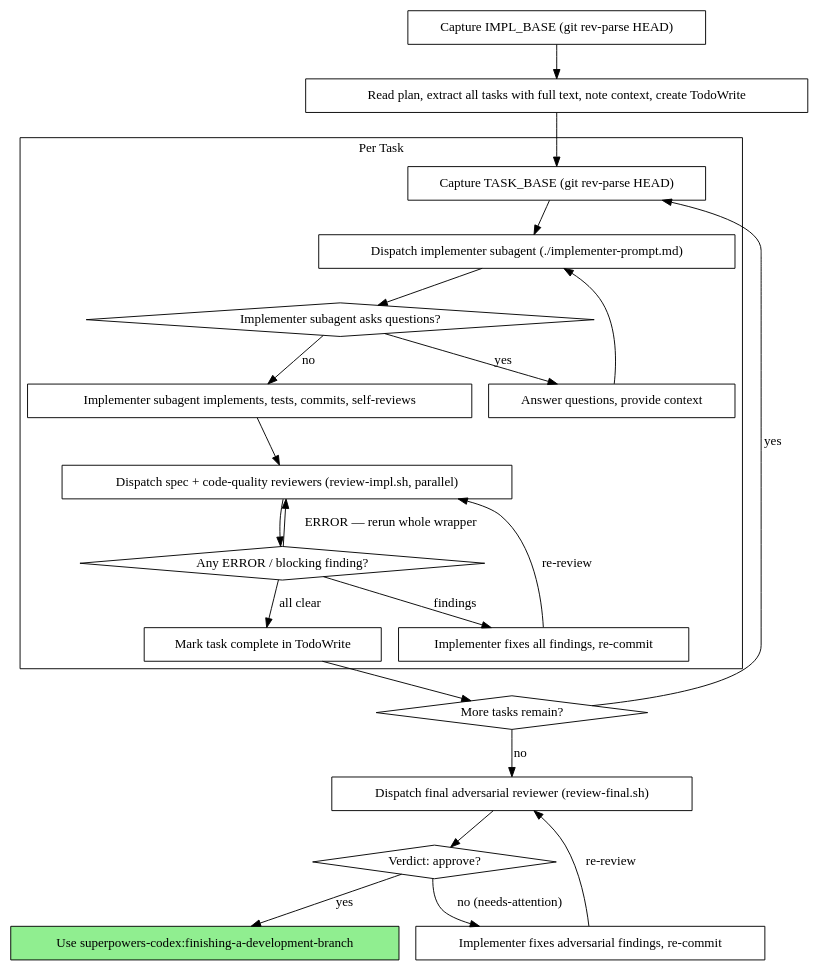
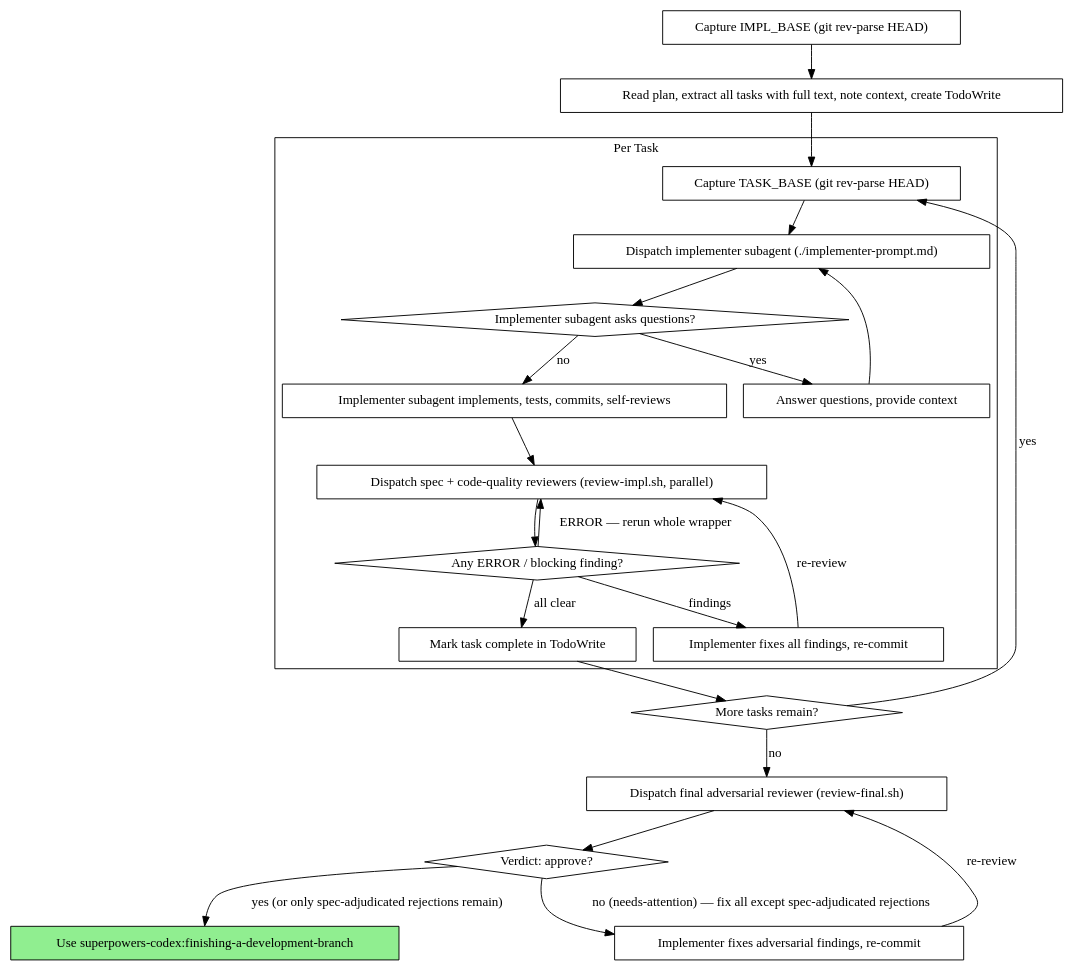
One commit to stu43005/superpowers-codex changed the second of 2 diagrams in skills/subagent-driven-development/SKILL.md. Above: the diagram before and after it, drawn with Graphviz. The commit also changed other lines of this file, not shown here.

Commit message:
feat: honor spec-adjudicated rejections at the final adversarial gate

````diff
--- a/skills/subagent-driven-development/SKILL.md
+++ b/skills/subagent-driven-development/SKILL.md
@@ -34,47 +34,47 @@
 ```dot
 digraph process {
     rankdir=TB;
 
     subgraph cluster_per_task {
         label="Per Task";
         "Capture TASK_BASE (git rev-parse HEAD)" [shape=box];
         "Dispatch implementer subagent (./implementer-prompt.md)" [shape=box];
         "Implementer subagent asks questions?" [shape=diamond];
         "Answer questions, provide context" [shape=box];
         "Implementer subagent implements, tests, commits, self-reviews" [shape=box];
         "Dispatch spec + code-quality reviewers (review-impl.sh, parallel)" [shape=box];
         "Any ERROR / blocking finding?" [shape=diamond];
         "Implementer fixes all findings, re-commit" [shape=box];
         "Mark task complete in TodoWrite" [shape=box];
     }
 
     "Capture IMPL_BASE (git rev-parse HEAD)" [shape=box];
     "Read plan, extract all tasks with full text, note context, create TodoWrite" [shape=box];
     "More tasks remain?" [shape=diamond];
     "Dispatch final adversarial reviewer (review-final.sh)" [shape=box];
     "Verdict: approve?" [shape=diamond];
     "Implementer fixes adversarial findings, re-commit" [shape=box];
     "Use superpowers-codex:finishing-a-development-branch" [shape=box style=filled fillcolor=lightgreen];
 
     "Capture IMPL_BASE (git rev-parse HEAD)" -> "Read plan, extract all tasks with full text, note context, create TodoWrite";
     "Read plan, extract all tasks with full text, note context, create TodoWrite" -> "Capture TASK_BASE (git rev-parse HEAD)";
     "Capture TASK_BASE (git rev-parse HEAD)" -> "Dispatch implementer subagent (./implementer-prompt.md)";
     "Dispatch implementer subagent (./implementer-prompt.md)" -> "Implementer subagent asks questions?";
     "Implementer subagent asks questions?" -> "Answer questions, provide context" [label="yes"];
     "Answer questions, provide context" -> "Dispatch implementer subagent (./implementer-prompt.md)";
     "Implementer subagent asks questions?" -> "Implementer subagent implements, tests, commits, self-reviews" [label="no"];
     "Implementer subagent implements, tests, commits, self-reviews" -> "Dispatch spec + code-quality reviewers (review-impl.sh, parallel)";
     "Dispatch spec + code-quality reviewers (review-impl.sh, parallel)" -> "Any ERROR / blocking finding?";
     "Any ERROR / blocking finding?" -> "Dispatch spec + code-quality reviewers (review-impl.sh, parallel)" [label="ERROR — rerun whole wrapper"];
     "Any ERROR / blocking finding?" -> "Implementer fixes all findings, re-commit" [label="findings"];
     "Implementer fixes all findings, re-commit" -> "Dispatch spec + code-quality reviewers (review-impl.sh, parallel)" [label="re-review"];
     "Any ERROR / blocking finding?" -> "Mark task complete in TodoWrite" [label="all clear"];
     "Mark task complete in TodoWrite" -> "More tasks remain?";
     "More tasks remain?" -> "Capture TASK_BASE (git rev-parse HEAD)" [label="yes"];
     "More tasks remain?" -> "Dispatch final adversarial reviewer (review-final.sh)" [label="no"];
     "Dispatch final adversarial reviewer (review-final.sh)" -> "Verdict: approve?";
-    "Verdict: approve?" -> "Implementer fixes adversarial findings, re-commit" [label="no (needs-attention)"];
+    "Verdict: approve?" -> "Implementer fixes adversarial findings, re-commit" [label="no (needs-attention) — fix all except spec-adjudicated rejections"];
     "Implementer fixes adversarial findings, re-commit" -> "Dispatch final adversarial reviewer (review-final.sh)" [label="re-review"];
-    "Verdict: approve?" -> "Use superpowers-codex:finishing-a-development-branch" [label="yes"];
+    "Verdict: approve?" -> "Use superpowers-codex:finishing-a-development-branch" [label="yes (or only spec-adjudicated rejections remain)"];
 }
 ```
````
